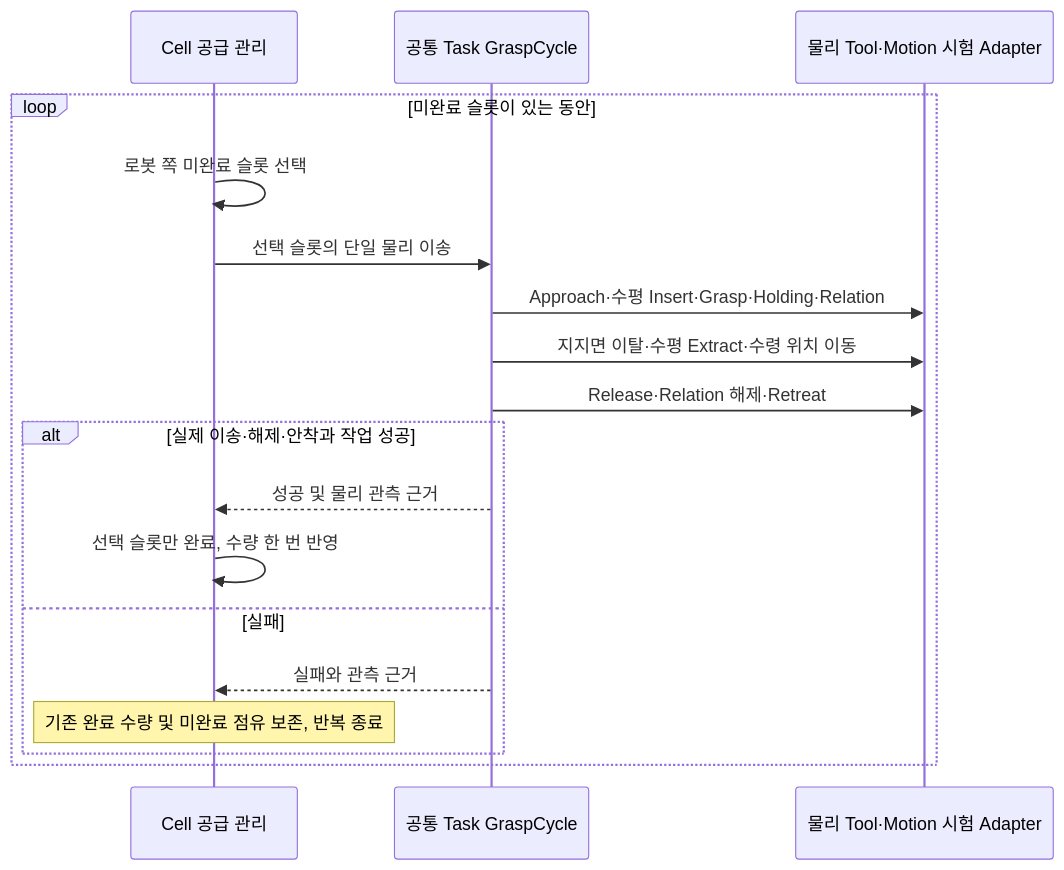
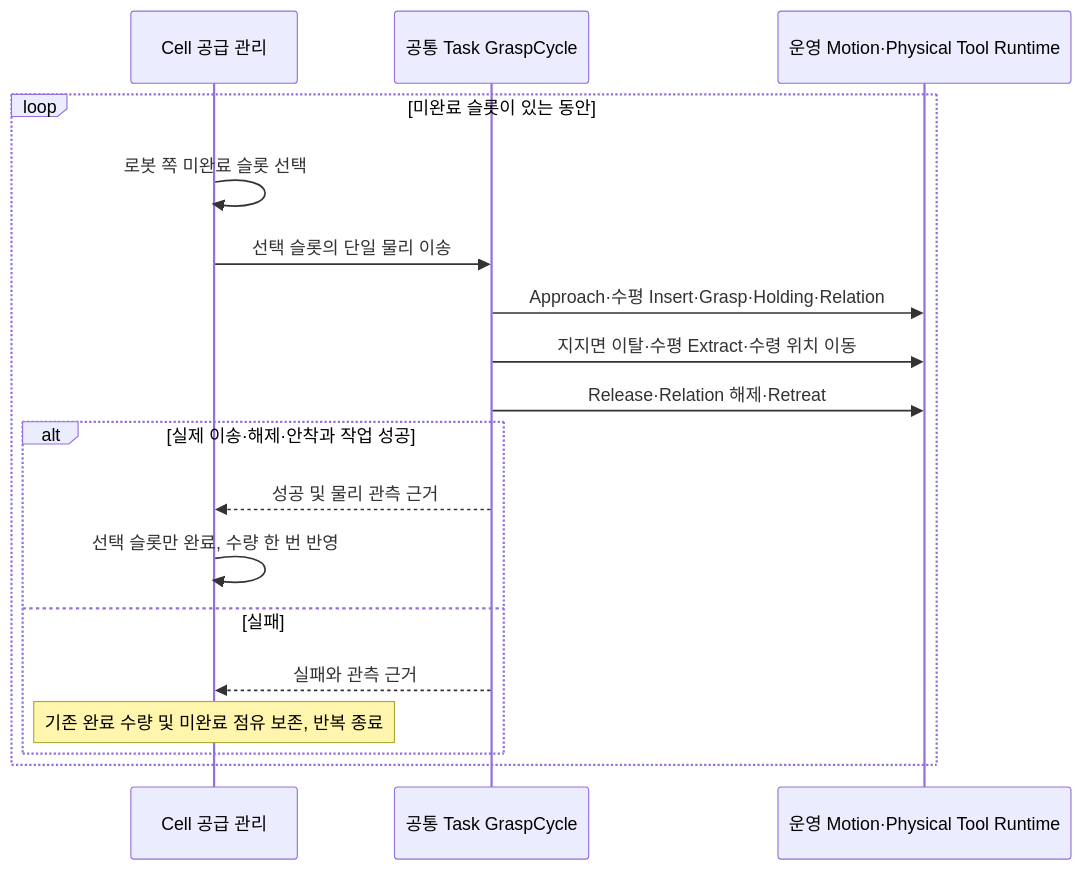
The diagram in docs/design/components/simulation/fds-tape-cell-supply.md (dev-kibeom/sftwin-arm-cell), drawn with Mermaid before and after one commit. The commit also changed other lines of this file and 125 other files, not shown here.

````diff
--- a/docs/design/components/simulation/fds-tape-cell-supply.md
+++ b/docs/design/components/simulation/fds-tape-cell-supply.md
@@ -24,20 +24,20 @@
 ```mermaid
 sequenceDiagram
     participant C as Cell 공급 관리
     participant T as 공통 Task GraspCycle
-    participant P as 물리 Tool·Motion 시험 Adapter
+    participant P as 운영 Motion·Physical Tool Runtime
     loop 미완료 슬롯이 있는 동안
         C->>C: 로봇 쪽 미완료 슬롯 선택
         C->>T: 선택 슬롯의 단일 물리 이송
         T->>P: Approach·수평 Insert·Grasp·Holding·Relation
         T->>P: 지지면 이탈·수평 Extract·수령 위치 이동
         T->>P: Release·Relation 해제·Retreat
         alt 실제 이송·해제·안착과 작업 성공
             T-->>C: 성공 및 물리 관측 근거
             C->>C: 선택 슬롯만 완료, 수량 한 번 반영
         else 실패
             T-->>C: 실패와 관측 근거
             Note over C: 기존 완료 수량 및 미완료 점유 보존, 반복 종료
         end
     end
 ```
````
